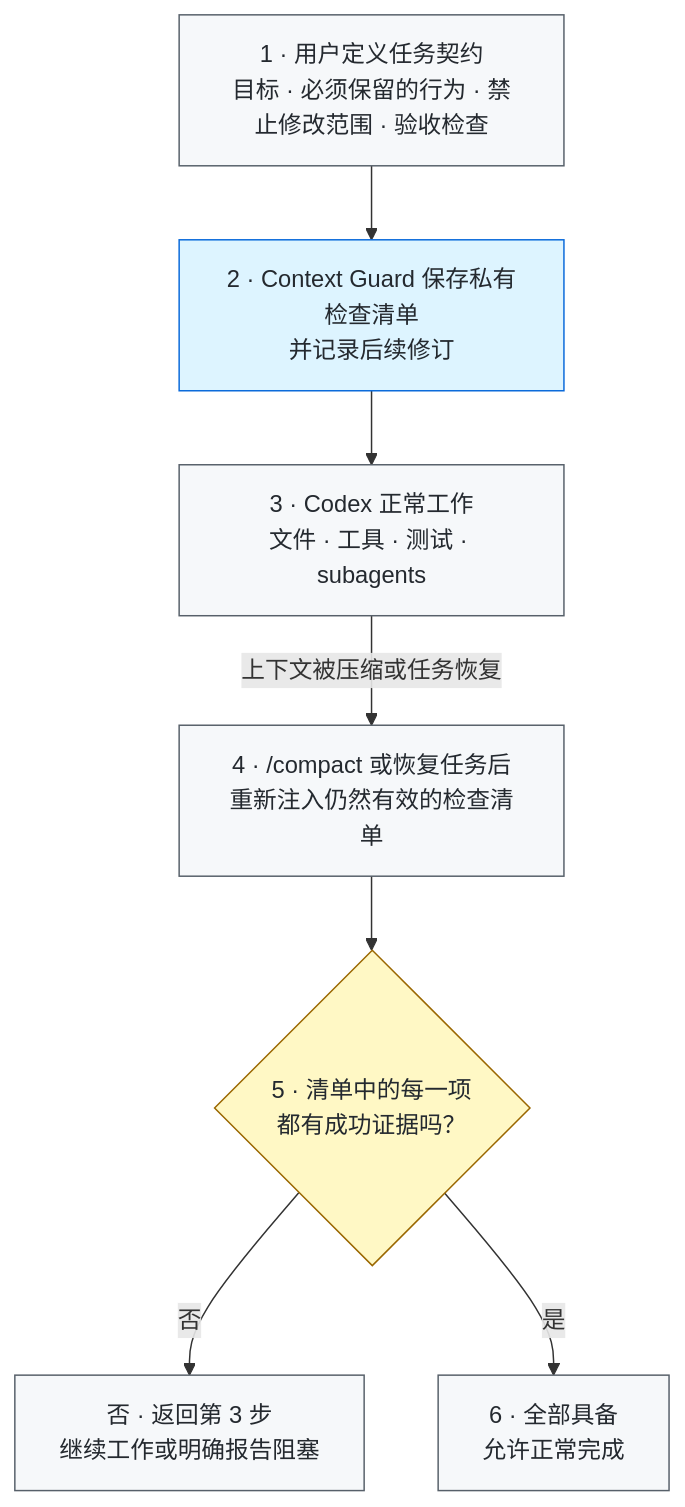
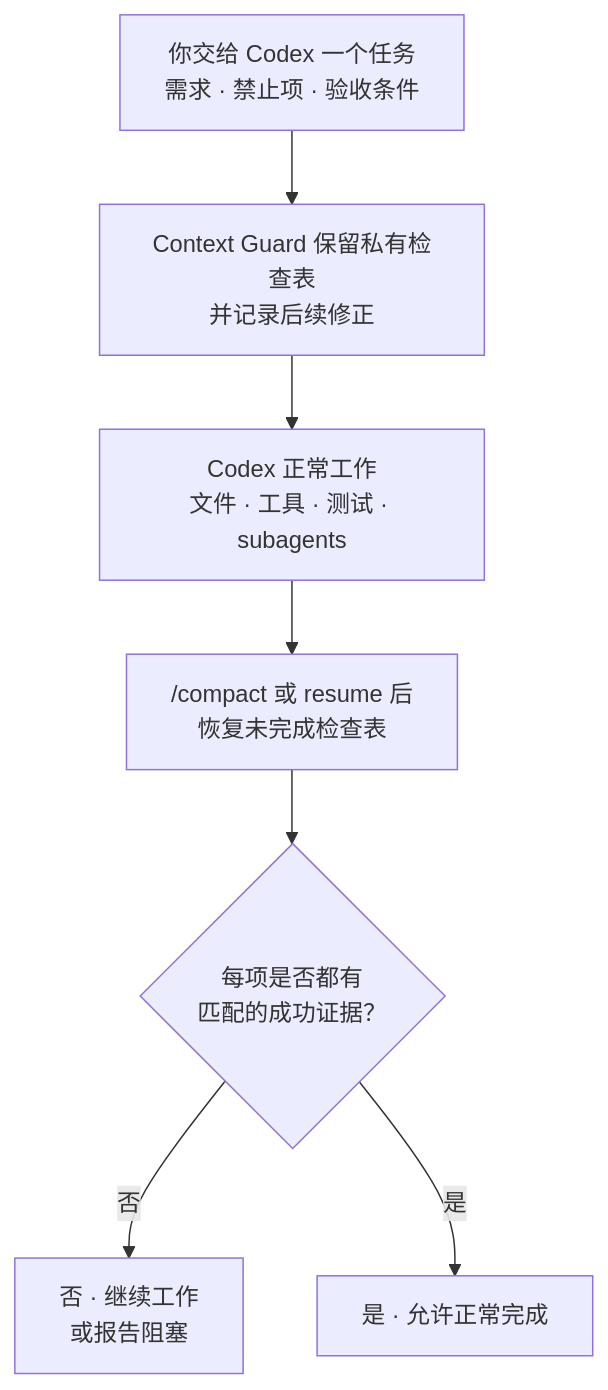
The diagram in README.zh-CN.md (GreenLv/codex-context-guard), drawn with Mermaid before and after one commit. The commit also changed other lines of this file and 4 other files, not shown here.

````diff
--- a/README.zh-CN.md
+++ b/README.zh-CN.md
@@ -79,23 +65,14 @@
 ```mermaid
 flowchart TB
-  A["1 · 用户定义任务契约<br/>目标 · 必须保留的行为 · 禁止修改范围 · 验收检查"]
-  B["2 · Context Guard 保存私有检查清单<br/>并记录后续修订"]
-  C["3 · Codex 正常工作<br/>文件 · 工具 · 测试 · subagents"]
-  D["4 · /compact 或恢复任务后<br/>重新注入仍然有效的检查清单"]
-  E{"5 · 清单中的每一项<br/>都有成功证据吗？"}
-  F["否 · 返回第 3 步<br/>继续工作或明确报告阻塞"]
-  G["6 · 全部具备<br/>允许正常完成"]
+  A["你交给 Codex 一个任务<br/>需求 · 禁止项 · 验收条件"]
+  B["Context Guard 保留私有检查表<br/>并记录后续修正"]
+  C["Codex 正常工作<br/>文件 · 工具 · 测试 · subagents"]
+  D["/compact 或 resume 后<br/>恢复未完成检查表"]
+  E{"每项是否都有<br/>匹配的成功证据？"}
+  F["否 · 继续工作<br/>或报告阻塞"]
+  G["是 · 允许正常完成"]
 
-  A --> B --> C
-  C -->|"上下文被压缩或任务恢复"| D
-  D --> E
-  E -->|"否"| F
-  E -->|"是"| G
-
-  classDef native fill:#f6f8fa,stroke:#57606a,color:#24292f;
-  classDef private fill:#ddf4ff,stroke:#0969da,color:#24292f;
-  classDef decision fill:#fff8c5,stroke:#9a6700,color:#24292f;
-  class A,C,D,F,G native;
-  class B private;
-  class E decision;
+  A --> B --> C --> D --> E
+  E -->|否| F
+  E -->|是| G
 ```
````
